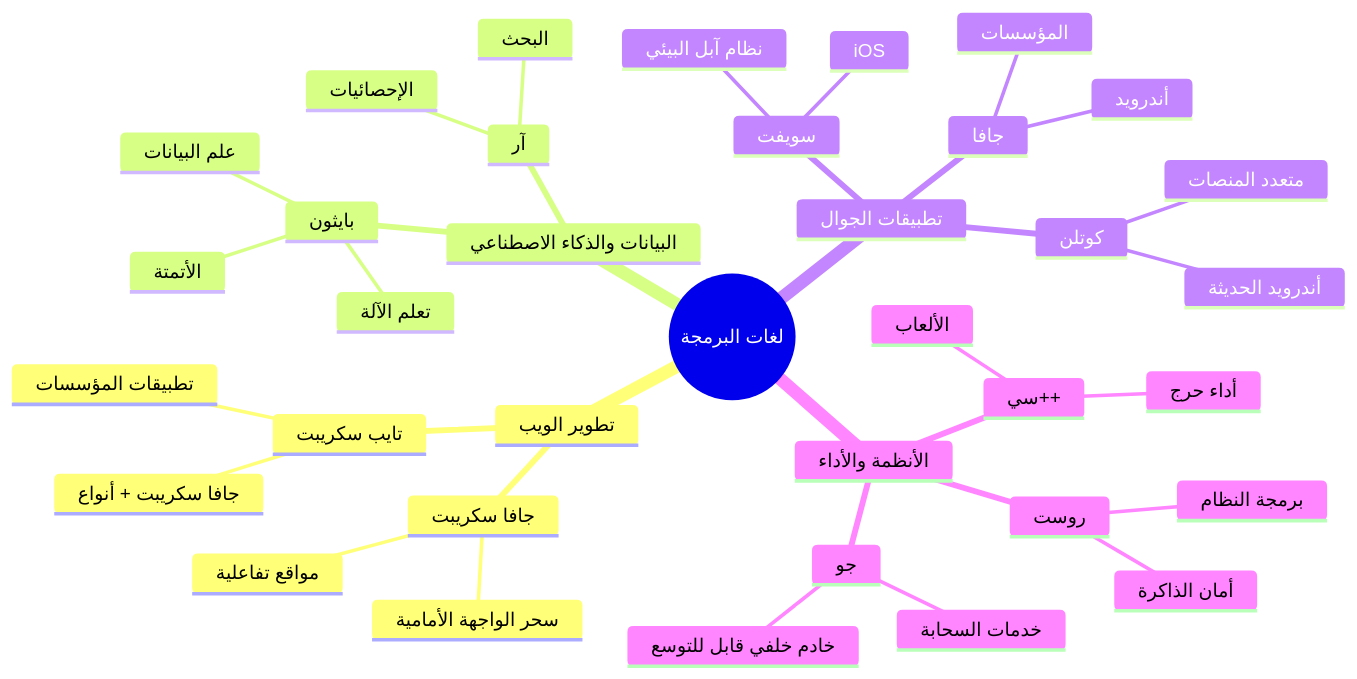
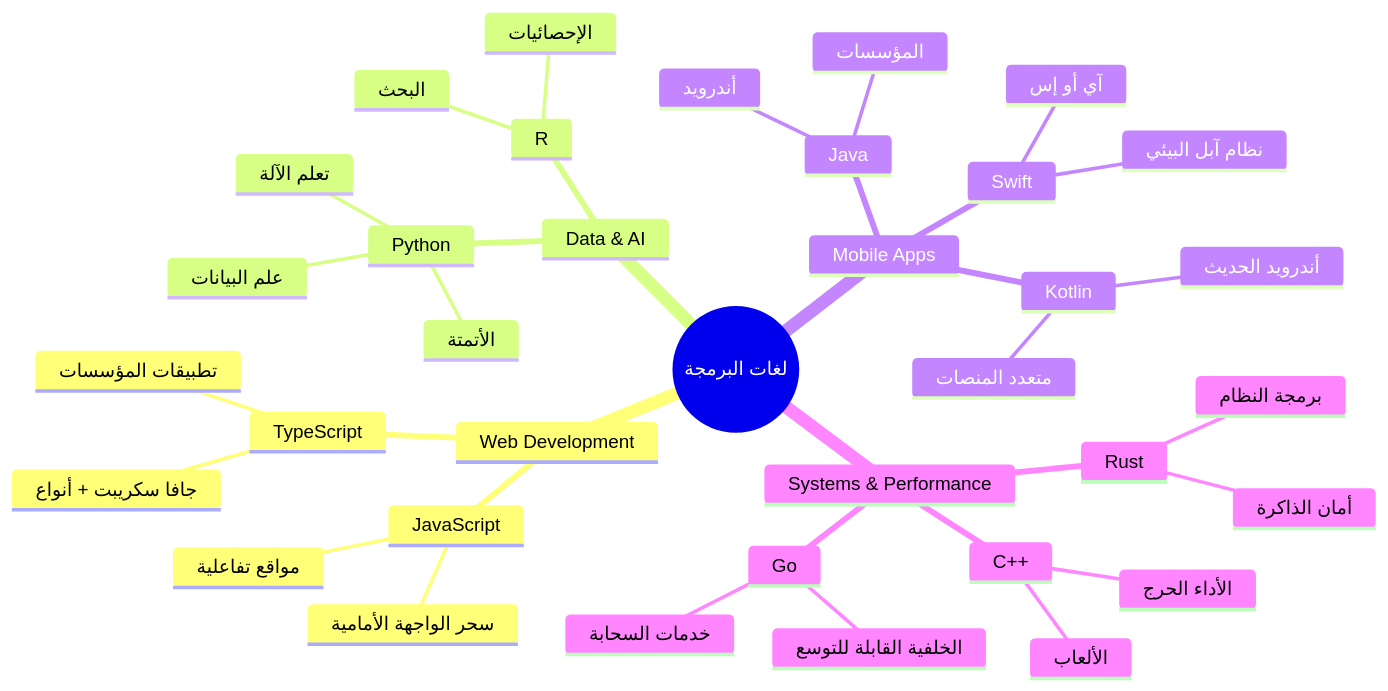
The second of 7 diagrams in translations/ar/1-getting-started-lessons/1-intro-to-programming-languages/README.md (microsoft/Web-Dev-For-Beginners), drawn with Mermaid before and after one commit. The commit also changed other lines of this file and 8 other files, not shown here.

````diff
--- a/translations/ar/1-getting-started-lessons/1-intro-to-programming-languages/README.md
+++ b/translations/ar/1-getting-started-lessons/1-intro-to-programming-languages/README.md
@@ -85,39 +84,39 @@
 ```mermaid
 mindmap
   root((لغات البرمجة))
-    تطوير الويب
-      جافا سكريبت
+    Web Development
+      JavaScript
         سحر الواجهة الأمامية
         مواقع تفاعلية
-      تايب سكريبت
+      TypeScript
         جافا سكريبت + أنواع
         تطبيقات المؤسسات
-    البيانات والذكاء الاصطناعي
-      بايثون
+    Data & AI
+      Python
         علم البيانات
         تعلم الآلة
         الأتمتة
-      آر
+      R
         الإحصائيات
         البحث
-    تطبيقات الجوال
-      جافا
+    Mobile Apps
+      Java
         أندرويد
         المؤسسات
-      سويفت
-        iOS
+      Swift
+        آي أو إس
         نظام آبل البيئي
-      كوتلن
-        أندرويد الحديثة
+      Kotlin
+        أندرويد الحديث
         متعدد المنصات
-    الأنظمة والأداء
-      سي++
+    Systems & Performance
+      C++
         الألعاب
-        أداء حرج
-      روست
+        الأداء الحرج
+      Rust
         أمان الذاكرة
         برمجة النظام
-      جو
+      Go
         خدمات السحابة
-        خادم خلفي قابل للتوسع
+        الخلفية القابلة للتوسع
 ```
````
